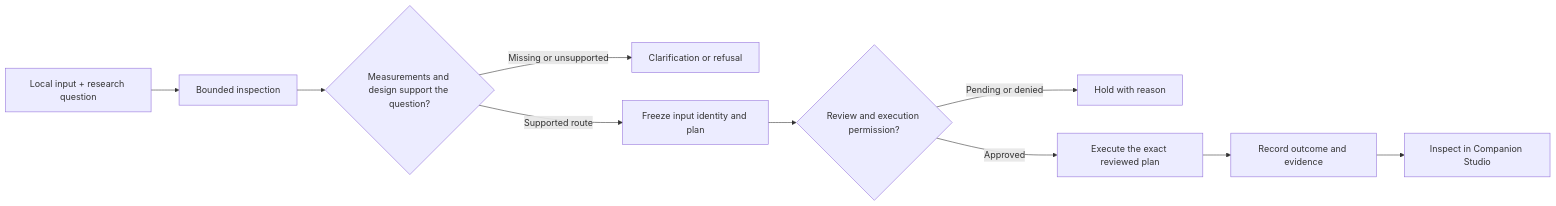
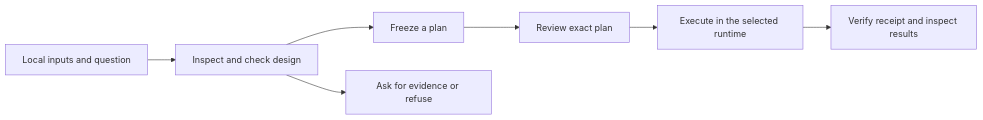
The diagram in README.md (Vajraaaang/bio-agent-harness), drawn with Mermaid before and after one commit. The commit also changed other lines of this file and 112 other files, not shown here.

````diff
--- a/README.md
+++ b/README.md
@@ -45,12 +102,9 @@
 ```mermaid
 flowchart LR
-    A["Local input + research question"] --> B["Bounded inspection"]
-    B --> C{"Measurements and design support the question?"}
-    C -->|"Missing or unsupported"| D["Clarification or refusal"]
-    C -->|"Supported route"| E["Freeze input identity and plan"]
-    E --> F{"Review and execution permission?"}
-    F -->|"Pending or denied"| G["Hold with reason"]
-    F -->|"Approved"| H["Execute the exact reviewed plan"]
-    H --> I["Record outcome and evidence"]
-    I --> J["Inspect in Companion Studio"]
+    A["Local inputs and question"] --> B["Inspect and check design"]
+    B --> C["Freeze a plan"]
+    B --> D["Ask for evidence or refuse"]
+    C --> E["Review exact plan"]
+    E --> F["Execute in the selected runtime"]
+    F --> G["Verify receipt and inspect results"]
 ```
````
